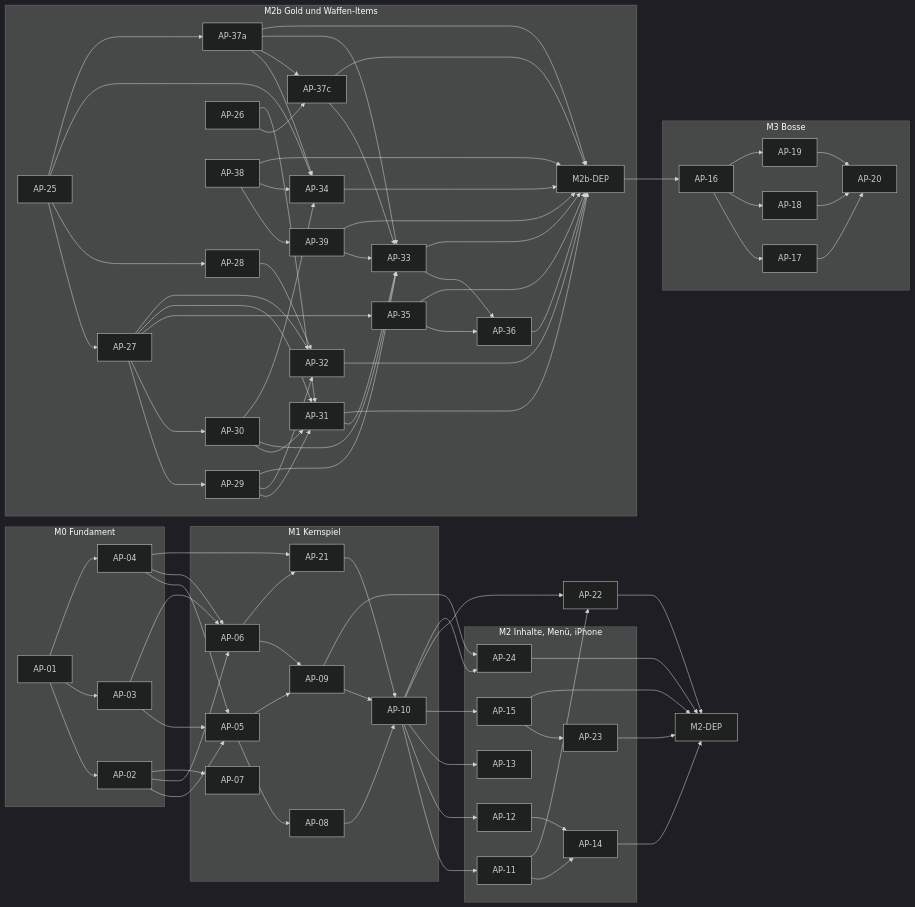
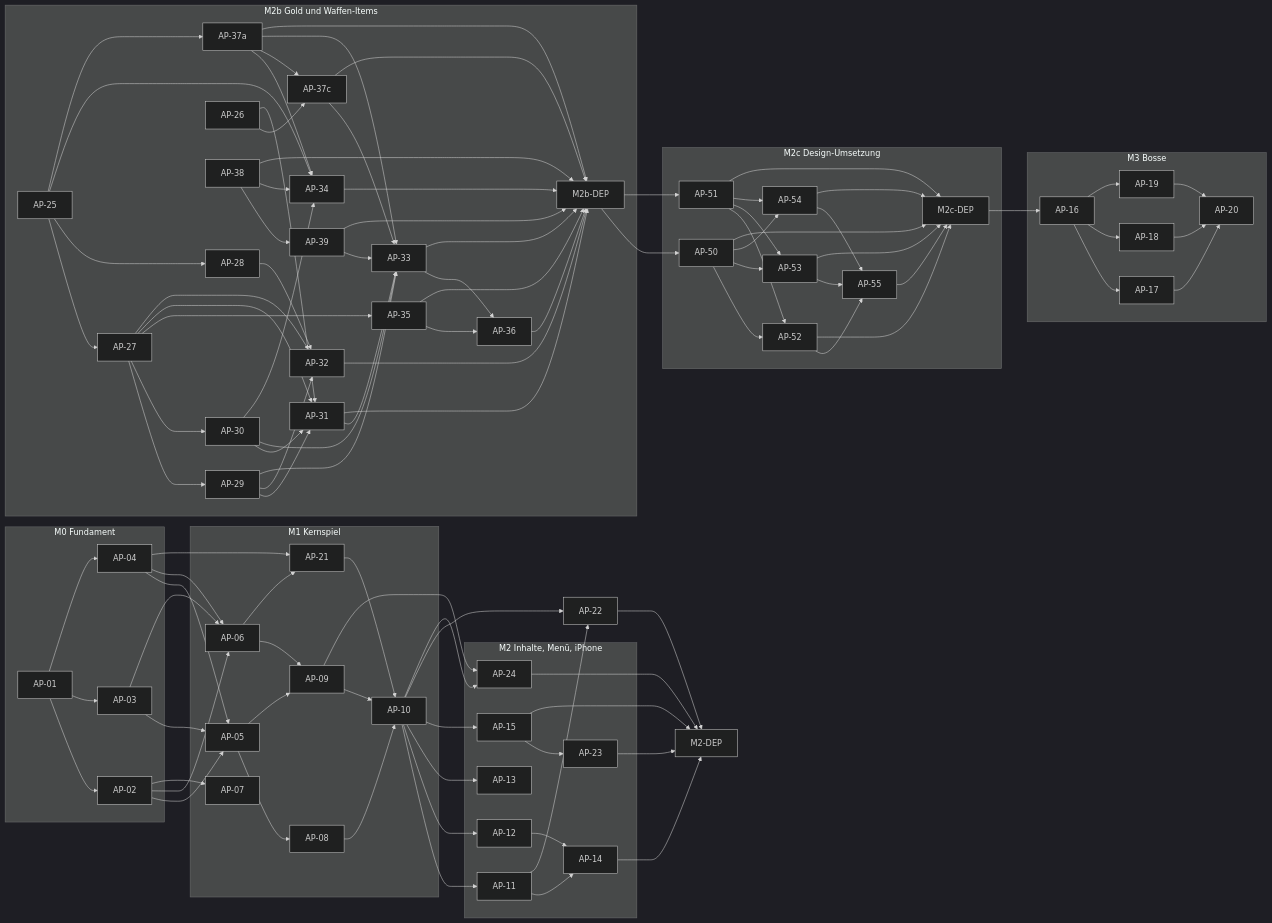
Before and after one commit to CemDCoding/360shooter: the third of 3 diagrams in docs/masterBuildPlan.md, drawn with Mermaid (dark theme). The commit also changed other lines of this file, not shown here.

Commit message:
plan: adopt design brief as milestone M2c

````diff
--- a/docs/masterBuildPlan.md
+++ b/docs/masterBuildPlan.md
@@ -711,48 +763,55 @@
 ```mermaid
 flowchart LR
   subgraph M0["M0 Fundament"]
     AP01["AP-01"] --> AP02["AP-02"] & AP03["AP-03"] & AP04["AP-04"]
   end
   subgraph M1["M1 Kernspiel"]
     AP05["AP-05"] --> AP08["AP-08"] & AP09["AP-09"]
     AP06["AP-06"] --> AP09
     AP08 & AP09 & AP21 --> AP10["AP-10"]
     AP07["AP-07"]
     AP21["AP-21"]
   end
   subgraph M2["M2 Inhalte, Menü, iPhone"]
     AP11["AP-11"] --> AP14["AP-14"]
     AP12["AP-12"] --> AP14
     AP13["AP-13"]
     AP15["AP-15"] --> AP23["AP-23"]
     AP24["AP-24"]
   end
   subgraph M2b["M2b Gold und Waffen-Items"]
     AP25["AP-25"] --> AP27["AP-27"] & AP28["AP-28"] & AP34["AP-34"] & AP37a["AP-37a"]
     AP26["AP-26"] --> AP37c["AP-37c"]
     AP38["AP-38"] --> AP39["AP-39"] & AP34["AP-34"]
     AP39 --> AP33["AP-33"]
     AP37a["AP-37a"] --> AP34 & AP37c & AP33
     AP37c --> AP33
     AP27 --> AP29["AP-29"] & AP30["AP-30"] & AP35["AP-35"] & AP31["AP-31"] & AP32["AP-32"]
     AP28 --> AP32
     AP29 --> AP31 & AP32 & AP33["AP-33"]
     AP30 --> AP31 & AP33 & AP34
     AP26 --> AP31
     AP31 --> AP33
     AP33 & AP35 --> AP36["AP-36"]
     AP31 & AP32 & AP33 & AP34 & AP35 & AP36 & AP37a & AP37c & AP38 & AP39 --> M2bDEP["M2b-DEP"]
   end
+  subgraph M2c["M2c Design-Umsetzung"]
+    AP50["AP-50"] --> AP52["AP-52"] & AP53["AP-53"] & AP54["AP-54"]
+    AP51["AP-51"] --> AP52 & AP53 & AP54
+    AP52 & AP53 & AP54 --> AP55["AP-55"]
+    AP50 & AP51 & AP52 & AP53 & AP54 & AP55 --> M2cDEP["M2c-DEP"]
+  end
   subgraph M3["M3 Bosse"]
     AP16["AP-16"] --> AP17["AP-17"] & AP18["AP-18"] & AP19["AP-19"]
     AP17 & AP18 & AP19 --> AP20["AP-20"]
   end
   AP02 & AP03 & AP04 --> AP05 & AP06
   AP02 --> AP07
   AP04 & AP06 --> AP21
   AP10 --> AP11 & AP12 & AP13 & AP15
-  M2bDEP --> AP16
+  M2bDEP --> AP50 & AP51
+  M2cDEP --> AP16
   AP10 & AP11 --> AP22["AP-22"]
   AP09 & AP10 --> AP24
   AP14 & AP15 & AP22 & AP23 & AP24 --> M2DEP["M2-DEP"]
 ```
````
